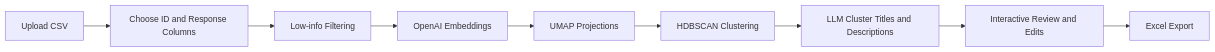
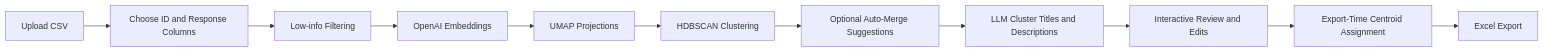
The first of 3 diagrams in README.md (sp-tech-team/clustering-ai-survey-analysis), drawn with Mermaid before and after one commit. The commit also changed other lines of this file and 18 other files, not shown here.

````diff
--- a/README.md
+++ b/README.md
@@ -18,11 +18,13 @@
 ```mermaid
 flowchart LR
 	A[Upload CSV] --> B[Choose ID and Response Columns]
 	B --> C[Low-info Filtering]
 	C --> D[OpenAI Embeddings]
 	D --> E[UMAP Projections]
 	E --> F[HDBSCAN Clustering]
-	F --> G[LLM Cluster Titles and Descriptions]
-	G --> H[Interactive Review and Edits]
-	H --> I[Excel Export]
+	F --> G[Optional Auto-Merge Suggestions]
+	G --> H[LLM Cluster Titles and Descriptions]
+	H --> I[Interactive Review and Edits]
+	I --> J[Export-Time Centroid Assignment]
+	J --> K[Excel Export]
 ```
````
